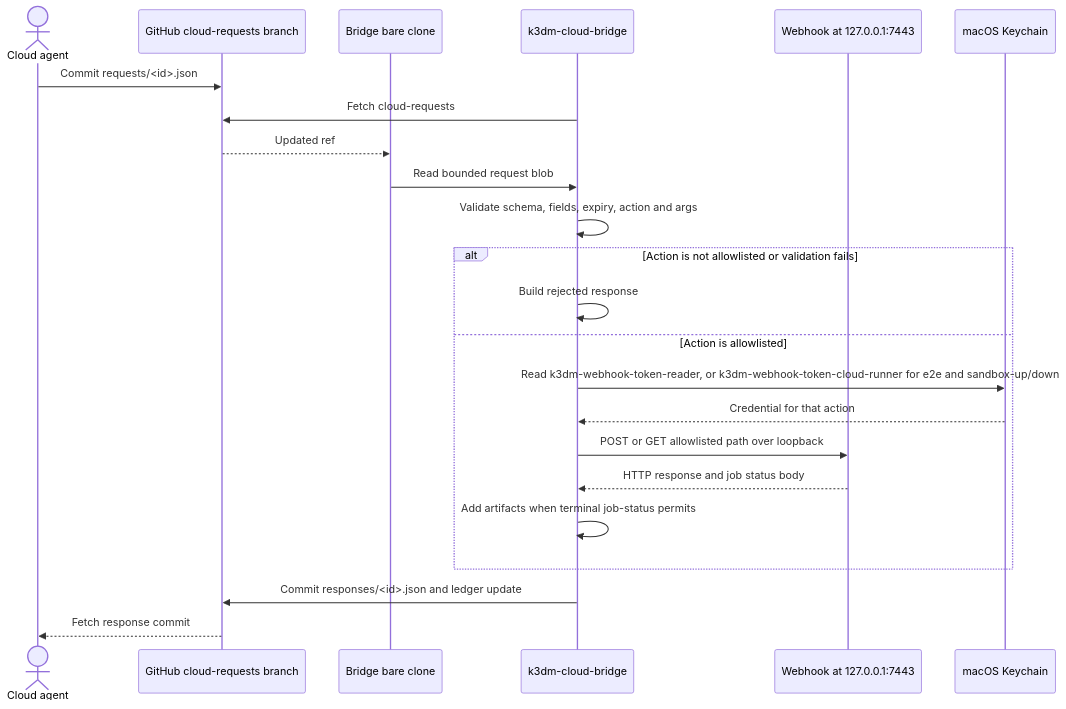
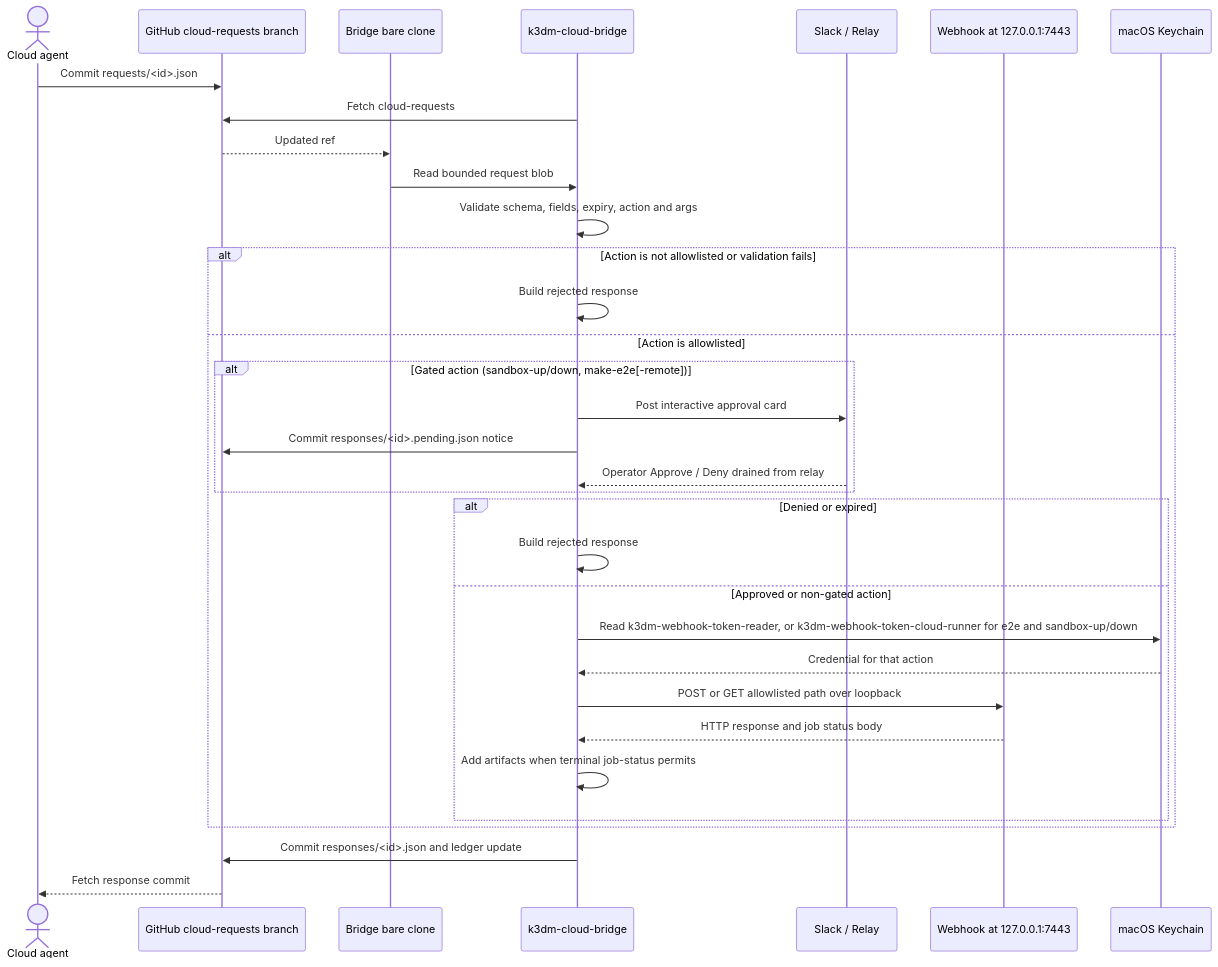
The second of 2 diagrams in docs/architecture/cloud-bridge.md (wilddog64/k3d-manager), drawn with Mermaid before and after one commit. The commit also changed other lines of this file and 309 other files, not shown here.

````diff
--- a/docs/architecture/cloud-bridge.md
+++ b/docs/architecture/cloud-bridge.md
@@ -48,26 +50,36 @@
 ```mermaid
 sequenceDiagram
     actor Agent as Cloud agent
     participant GitHub as GitHub cloud-requests branch
     participant Bare as Bridge bare clone
     participant Bridge as k3dm-cloud-bridge
+    participant Slack as Slack / Relay
     participant Hook as Webhook at 127.0.0.1:7443
     participant Keychain as macOS Keychain
 
     Agent->>GitHub: Commit requests/<id>.json
     Bridge->>GitHub: Fetch cloud-requests
     GitHub-->>Bare: Updated ref
     Bare->>Bridge: Read bounded request blob
     Bridge->>Bridge: Validate schema, fields, expiry, action and args
     alt Action is not allowlisted or validation fails
         Bridge->>Bridge: Build rejected response
     else Action is allowlisted
-        Bridge->>Keychain: Read k3dm-webhook-token-reader, or k3dm-webhook-token-cloud-runner for e2e and sandbox-up/down
-        Keychain-->>Bridge: Credential for that action
-        Bridge->>Hook: POST or GET allowlisted path over loopback
-        Hook-->>Bridge: HTTP response and job status body
-        Bridge->>Bridge: Add artifacts when terminal job-status permits
+        alt Gated action (sandbox-up/down, make-e2e[-remote])
+            Bridge->>Slack: Post interactive approval card
+            Bridge->>GitHub: Commit responses/<id>.pending.json notice
+            Slack-->>Bridge: Operator Approve / Deny drained from relay
+        end
+        alt Denied or expired
+            Bridge->>Bridge: Build rejected response
+        else Approved or non-gated action
+            Bridge->>Keychain: Read k3dm-webhook-token-reader, or k3dm-webhook-token-cloud-runner for e2e and sandbox-up/down
+            Keychain-->>Bridge: Credential for that action
+            Bridge->>Hook: POST or GET allowlisted path over loopback
+            Hook-->>Bridge: HTTP response and job status body
+            Bridge->>Bridge: Add artifacts when terminal job-status permits
+        end
     end
     Bridge->>GitHub: Commit responses/<id>.json and ledger update
     GitHub-->>Agent: Fetch response commit
 ```
````
